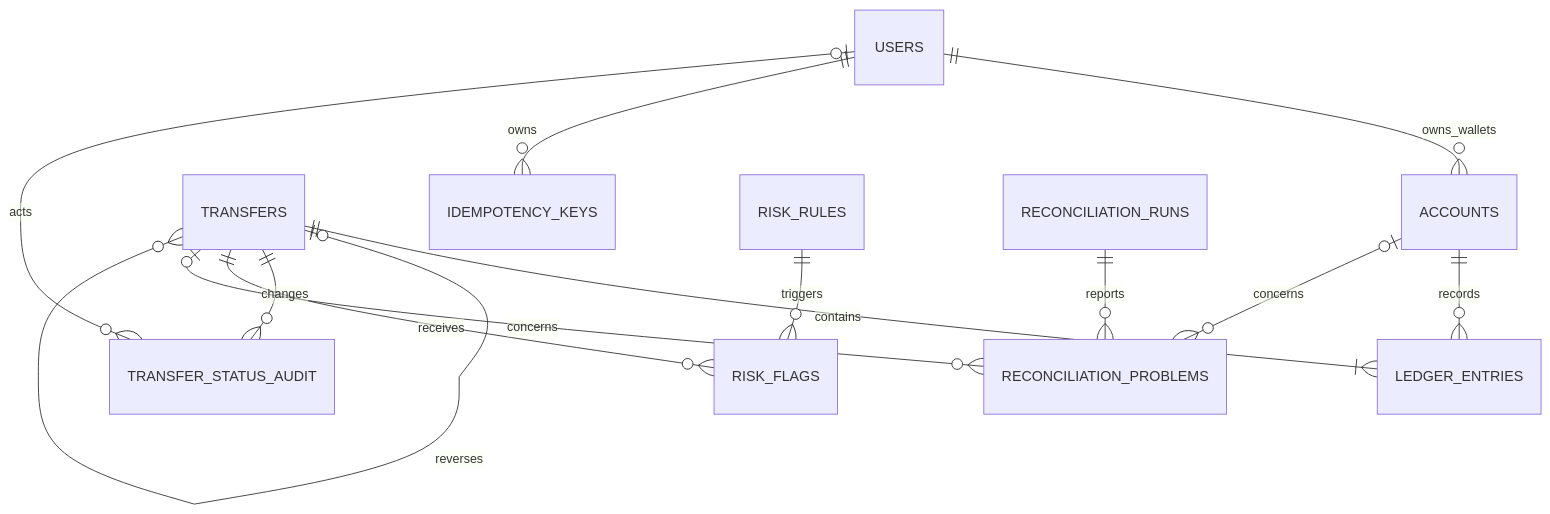
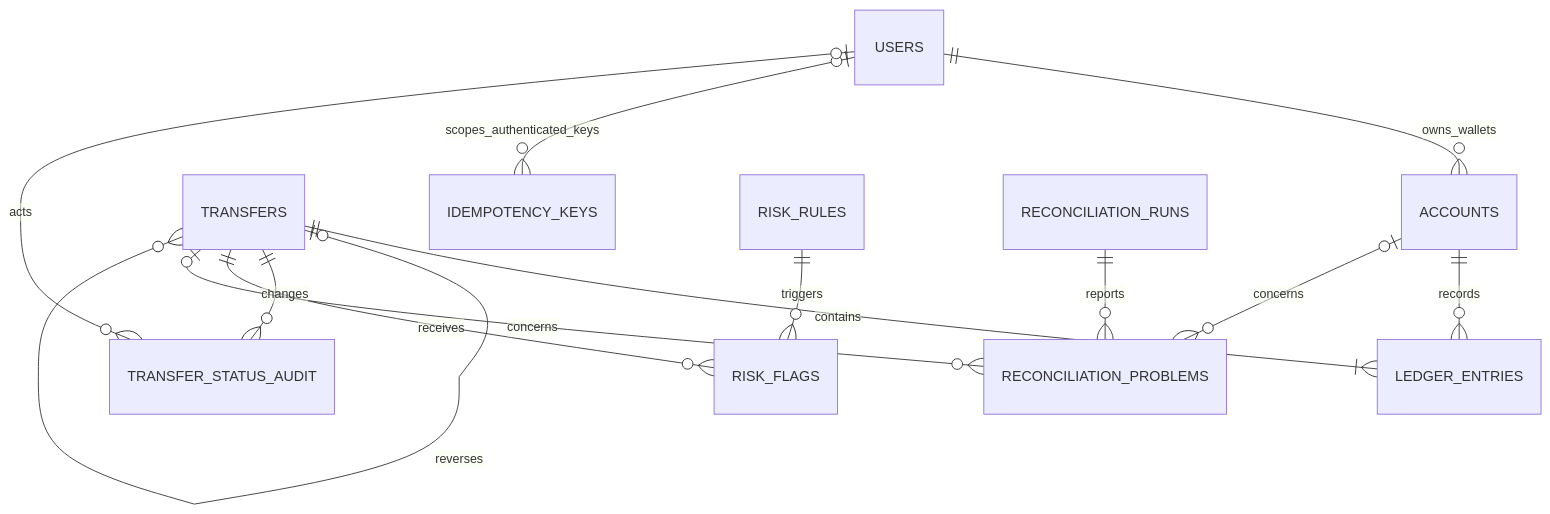
One commit to mohankumar-markuli/Grade-Wallet-Ledger changed the diagram in docs/schema.md. Above: the diagram before and after it, drawn with Mermaid. The commit also changed other lines of this file and 19 other files, not shown here.

````diff
--- a/docs/schema.md
+++ b/docs/schema.md
@@ -118,15 +118,15 @@
 ```mermaid
 erDiagram
     USERS ||--o{ ACCOUNTS : owns_wallets
     ACCOUNTS ||--o{ LEDGER_ENTRIES : records
     TRANSFERS ||--|{ LEDGER_ENTRIES : contains
     TRANSFERS o|--o{ TRANSFERS : reverses
-    USERS ||--o{ IDEMPOTENCY_KEYS : owns
+    USERS o|--o{ IDEMPOTENCY_KEYS : scopes_authenticated_keys
     TRANSFERS ||--o{ TRANSFER_STATUS_AUDIT : changes
     USERS o|--o{ TRANSFER_STATUS_AUDIT : acts
     TRANSFERS ||--o{ RISK_FLAGS : receives
     RISK_RULES ||--o{ RISK_FLAGS : triggers
     RECONCILIATION_RUNS ||--o{ RECONCILIATION_PROBLEMS : reports
     ACCOUNTS o|--o{ RECONCILIATION_PROBLEMS : concerns
     TRANSFERS o|--o{ RECONCILIATION_PROBLEMS : concerns
 ```
````
